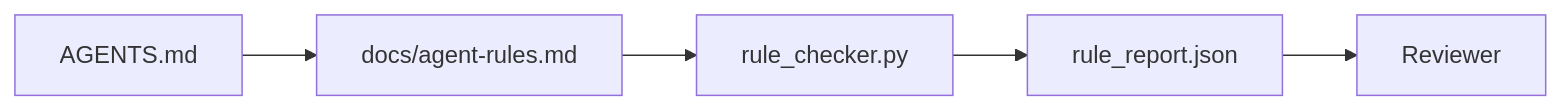
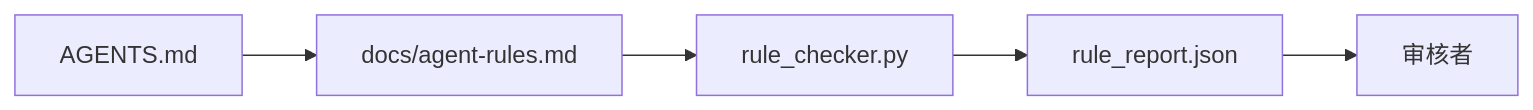
One commit to guangningsun/ailearning changed the diagram in lessons/14-agent-engineering/33-instructions-as-executable-constraints/docs/zh.md. Above: the diagram before and after it, drawn with Mermaid. The commit also changed other lines of this file and 42 other files, not shown here.

````diff
--- a/lessons/14-agent-engineering/33-instructions-as-executable-constraints/docs/zh.md
+++ b/lessons/14-agent-engineering/33-instructions-as-executable-constraints/docs/zh.md
@@ -27,7 +27,7 @@
 ```mermaid
 flowchart LR
   Router[AGENTS.md] --> Rules[docs/agent-rules.md]
   Rules --> Checker[rule_checker.py]
   Checker --> Report[rule_report.json]
-  Report --> Reviewer[Reviewer]
+  Report --> Reviewer[审核者]
 ```
````
